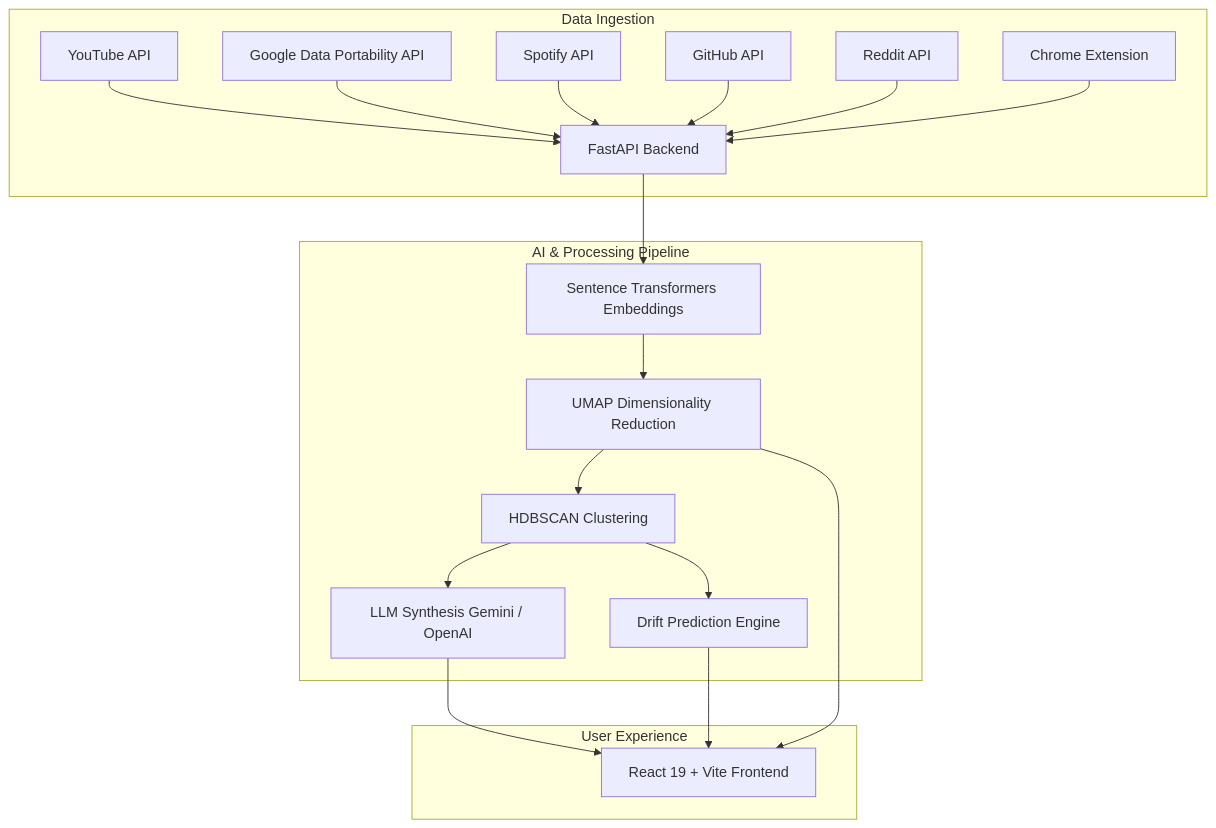
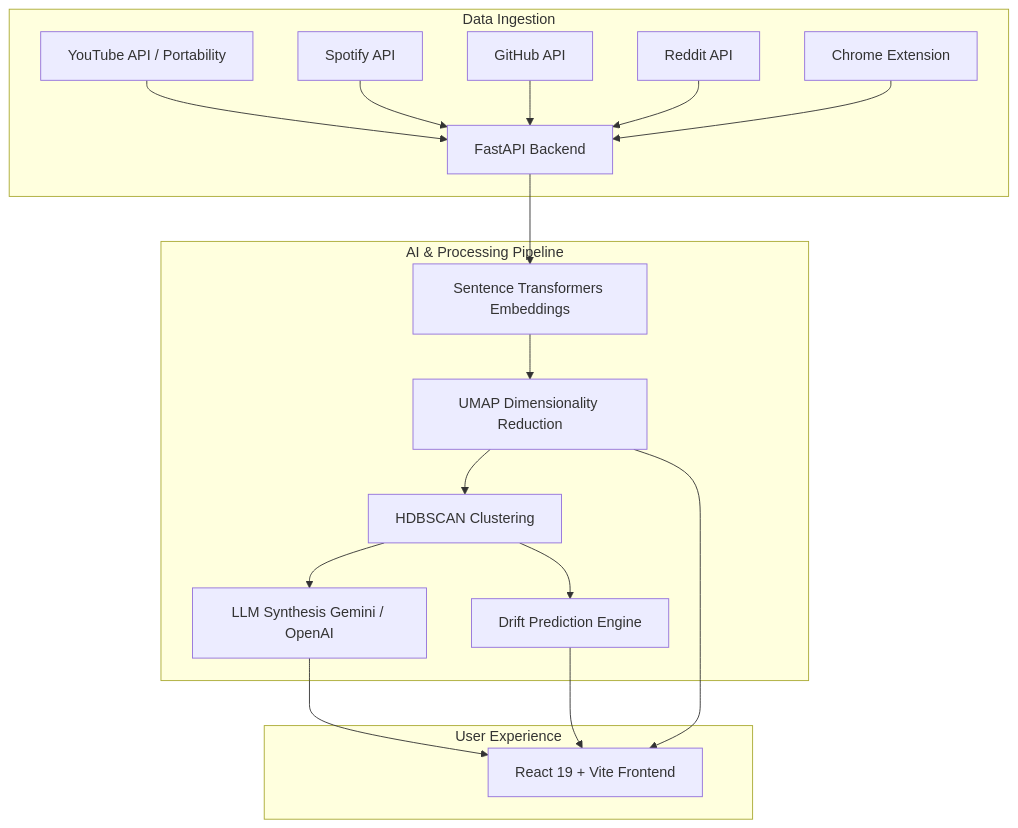
Before and after one commit to mittal987-alt/drifter: the diagram in README.md, drawn with Mermaid. The commit also changed other lines of this file and 1 other file, not shown here.

````diff
--- a/README.md
+++ b/README.md
@@ -33,25 +33,24 @@
 ```mermaid
 graph TD
     subgraph Data Ingestion
-        YT[YouTube API] --> BE[FastAPI Backend]
-        GDP[Google Data Portability API] --> BE
+        YT[YouTube API / Portability] --> BE[FastAPI Backend]
         SP[Spotify API] --> BE
         GH[GitHub API] --> BE
         RD[Reddit API] --> BE
         EXT[Chrome Extension] --> BE
     end
 
     subgraph AI & Processing Pipeline
         BE --> EMB[Sentence Transformers Embeddings]
         EMB --> UMAP[UMAP Dimensionality Reduction]
         UMAP --> CLUSTER[HDBSCAN Clustering]
         CLUSTER --> PREDICT[Drift Prediction Engine]
         CLUSTER --> LLM[LLM Synthesis Gemini / OpenAI]
     end
 
     subgraph User Experience
         LLM --> FE[React 19 + Vite Frontend]
         PREDICT --> FE
         UMAP --> FE
     end
 ```
````
